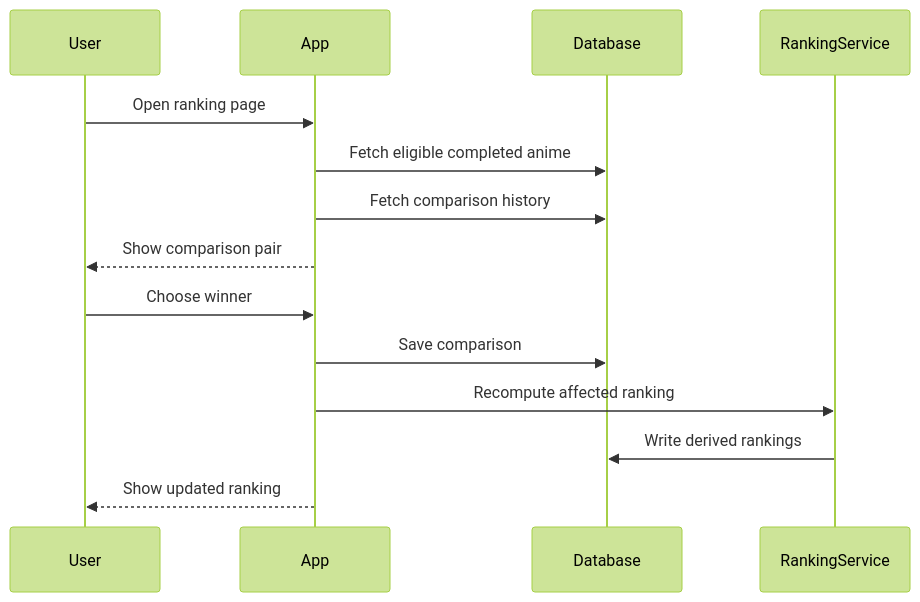
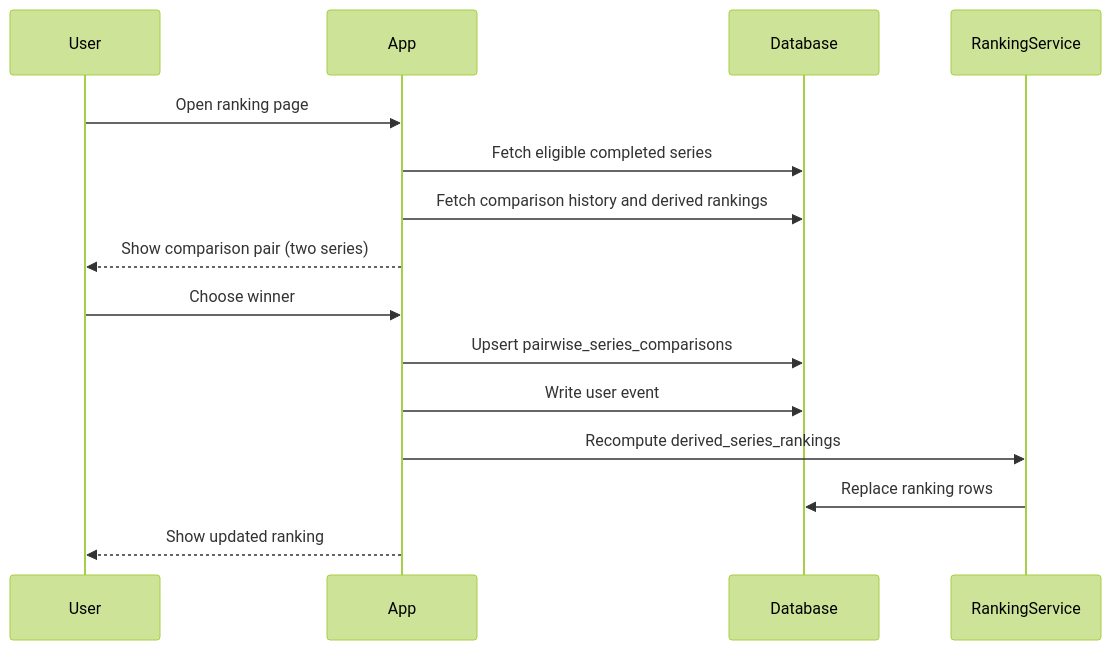
Before and after one commit to ryanzhouuu/suki: the fourth of 5 diagrams in docs/design.md, drawn with Mermaid (forest theme). The commit also changed other lines of this file, not shown here.

````diff
--- a/docs/design.md
+++ b/docs/design.md
@@ -797,17 +852,18 @@
 ```mermaid
 sequenceDiagram
   participant User
   participant App
   participant Database
   participant RankingService
 
   User->>App: Open ranking page
-  App->>Database: Fetch eligible completed anime
-  App->>Database: Fetch comparison history
-  App-->>User: Show comparison pair
+  App->>Database: Fetch eligible completed series
+  App->>Database: Fetch comparison history and derived rankings
+  App-->>User: Show comparison pair (two series)
   User->>App: Choose winner
-  App->>Database: Save comparison
-  App->>RankingService: Recompute affected ranking
-  RankingService->>Database: Write derived rankings
+  App->>Database: Upsert pairwise_series_comparisons
+  App->>Database: Write user event
+  App->>RankingService: Recompute derived_series_rankings
+  RankingService->>Database: Replace ranking rows
   App-->>User: Show updated ranking
 ```
````
